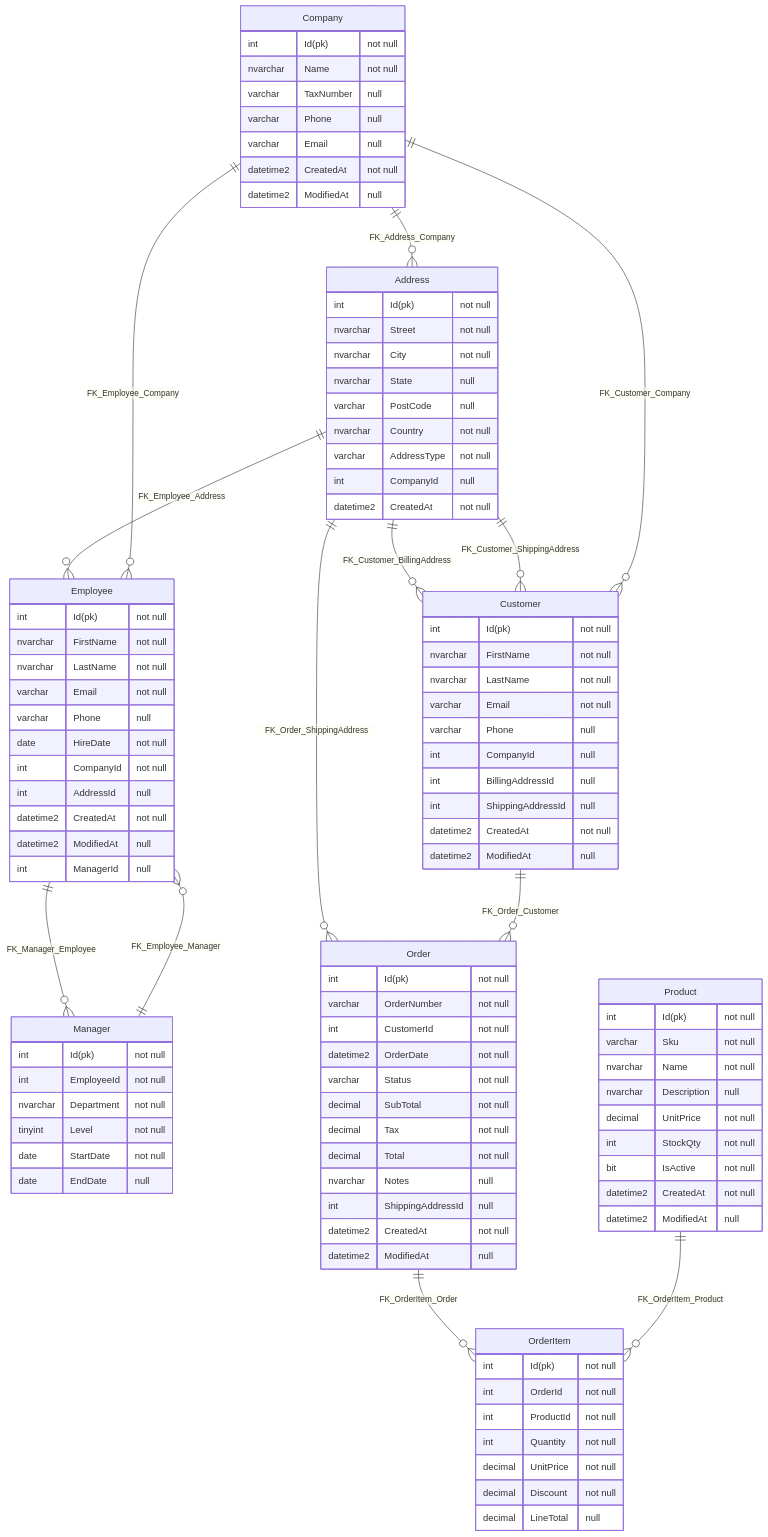
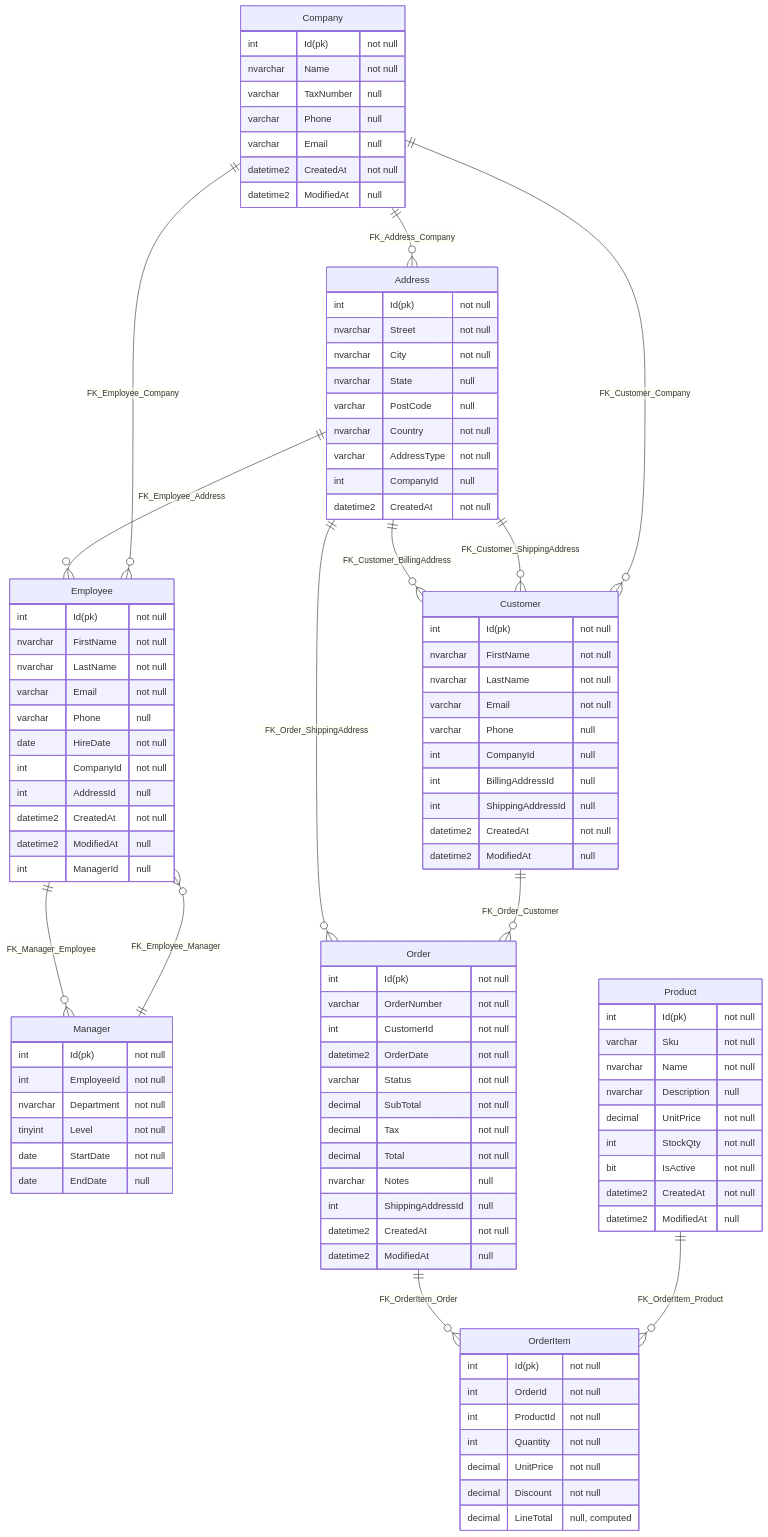
The diagram in src/SqlServerToMermaid.Tests/Tests.RenderMarkdown.verified.md (SimonCropp/DbToMermaid), drawn with Mermaid before and after one commit. The commit also changed 5 other files, not shown here.

```diff
--- a/src/SqlServerToMermaid.Tests/Tests.RenderMarkdown.verified.md
+++ b/src/SqlServerToMermaid.Tests/Tests.RenderMarkdown.verified.md
@@ -75,7 +75,7 @@
     int Quantity "not null"
     decimal UnitPrice "not null"
     decimal Discount "not null"
-    decimal LineTotal "null"
+    decimal LineTotal "null, computed"
   }
   Product {
     int Id(pk) "not null"
```
